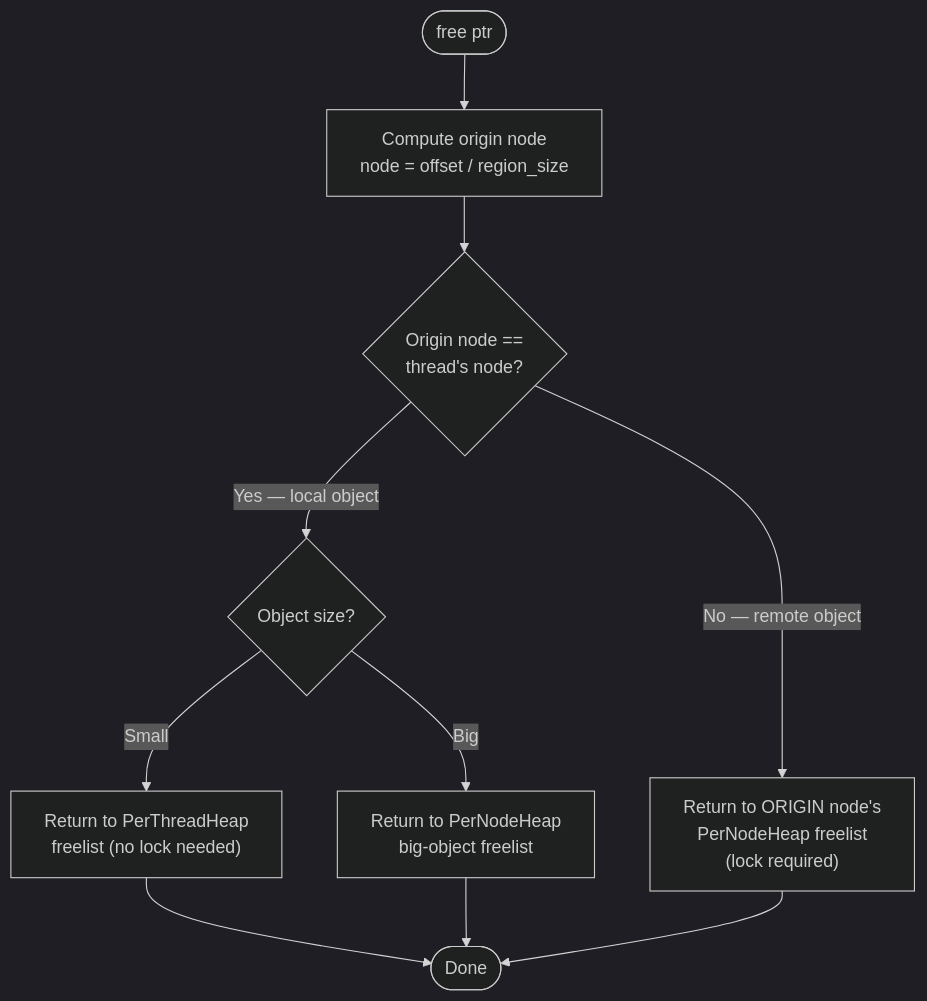
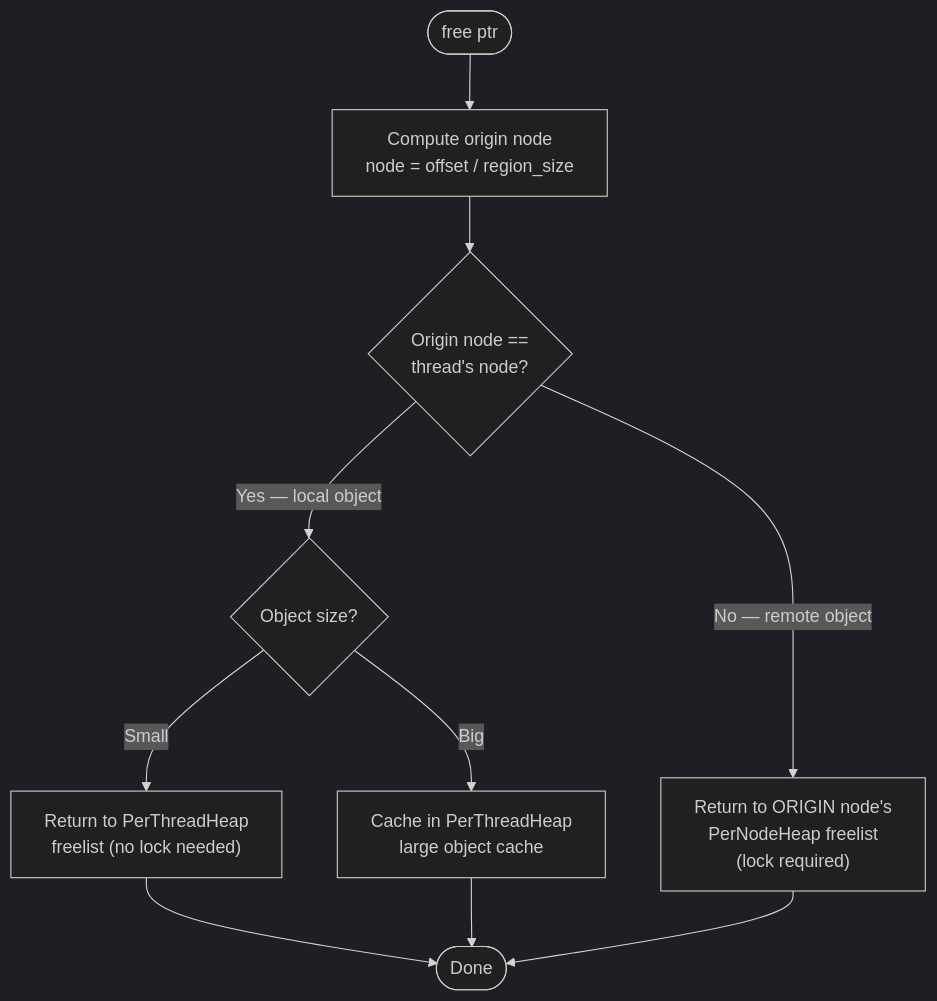
The sixth of 12 diagrams in docs/architecture_design.md (Mnwa/NUMAlloc-rs), drawn with Mermaid (dark theme) before and after one commit. The commit also changed other lines of this file and 7 other files, not shown here.

````diff
--- a/docs/architecture_design.md
+++ b/docs/architecture_design.md
@@ -205,15 +205,15 @@
 ```mermaid
 flowchart TD
     FREE([free ptr]) --> COMPUTE["Compute origin node<br/>node = offset / region_size"]
     COMPUTE --> COMPARE{Origin node ==<br/>thread's node?}
 
     COMPARE -->|"Yes — local object"| LOCAL_SIZE{Object size?}
     LOCAL_SIZE -->|Small| LOCAL_THREAD["Return to PerThreadHeap<br/>freelist (no lock needed)"]
-    LOCAL_SIZE -->|Big| LOCAL_NODE["Return to PerNodeHeap<br/>big-object freelist"]
+    LOCAL_SIZE -->|Big| LOCAL_NODE["Cache in PerThreadHeap<br/>large object cache"]
 
     COMPARE -->|"No — remote object"| REMOTE["Return to ORIGIN node's<br/>PerNodeHeap freelist<br/>(lock required)"]
 
     LOCAL_THREAD --> DONE([Done])
     LOCAL_NODE --> DONE
     REMOTE --> DONE
 ```
````
